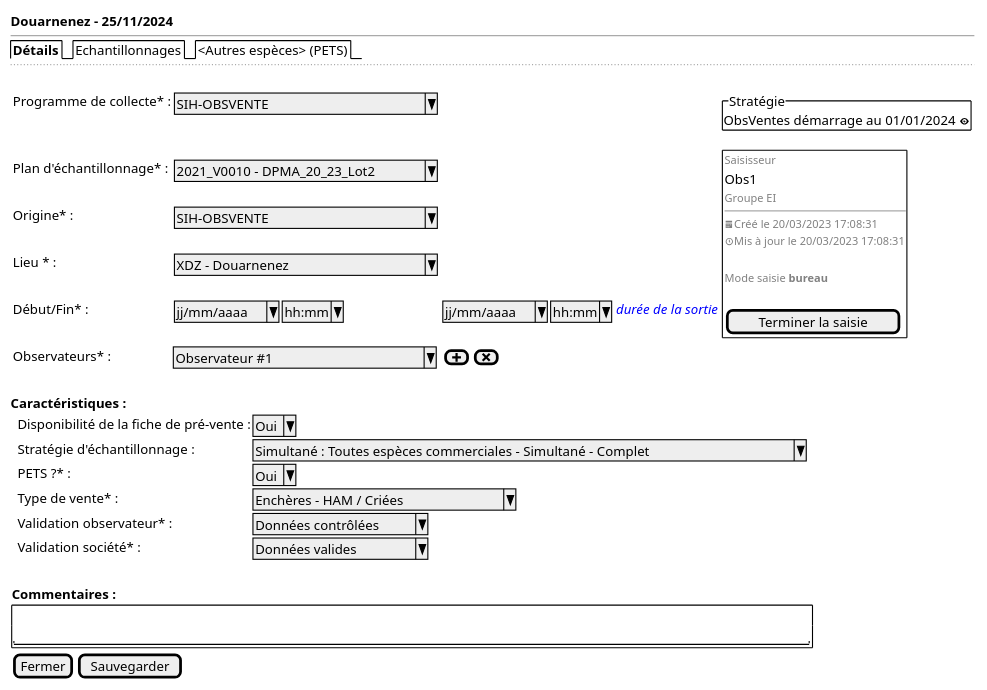
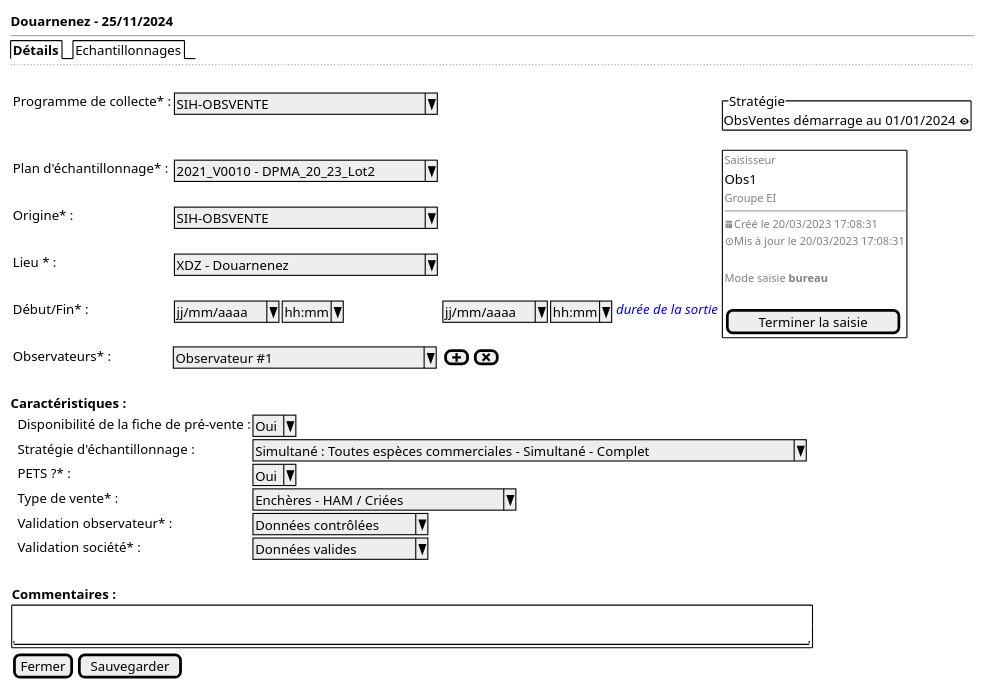
One commit to sumaris-net/sumaris-doc changed the diagram in projects/obsvente/spe/images/observed-location-control.puml. Above: the diagram before and after it, drawn with PlantUML. The commit also changed 4 other files, not shown here.

```diff
--- a/projects/obsvente/spe/images/observed-location-control.puml
+++ b/projects/obsvente/spe/images/observed-location-control.puml
@@ -1,62 +1,62 @@
 @startsalt
 {
   <b>Douarnenez - 25/11/2024
   --
-  {/ <b>Détails | Echantillonnages | <Autres espèces> (PETS)}
+  {/ <b>Détails | Echantillonnages}
   ..
   .
   {
   {
       Programme de collecte* :    | { ^SIH-OBSVENTE                ^ }
       .
       .
       Plan d'échantillonnage* :    | { ^2021_V0010 - DPMA_20_23_Lot2^}
       .
       Origine* :    | { ^SIH-OBSVENTE                ^ }
       .
       Lieu * :     | { ^XDZ - Douarnenez            ^ }
       .
       Début/Fin* :     | { ^jj/mm/aaaa^  |  ^hh:mm^ } { ^jj/mm/aaaa^  |  ^hh:mm^ } <i><color:blue>durée de la sortie
       .
       Observateurs* :            | ^ Observateur #1             ^ | { [<&plus>] | [<&x>] }
       .
  } |
  {
  {^"Stratégie"
  ObsVentes démarrage au 01/01/2024 <&eye>}
  {+
                { <font color=grey size=10>Saisisseur
                Obs1
                <font color=grey size=10>Groupe EI
                --
                <font color=grey size=10><&calendar>Créé le 20/03/2023 17:08:31
                <font color=grey size=10><&clock>Mis à jour le 20/03/2023 17:08:31
                .
                <font color=grey size=10>Mode saisie <b>bureau
                .
                [ Terminer la saisie]
                }
  }}}
 
   <b>Caractéristiques :
 
   {
       . | Disponibilité de la fiche de pré-vente :| ^Oui^
       . | Stratégie d'échantillonnage : | ^Simultané : Toutes espèces commerciales - Simultané - Complet^
       . | PETS ?* : | ^Oui^
       . | Type de vente* : | ^Enchères - HAM / Criées     ^
       . | Validation observateur* : | ^Données contrôlées^
       . | Validation société* : | ^Données valides   ^
       . | .
   }
 
   {
      <b>Commentaires :
      {+ .
         "                                                                                          "
      }
   }
 
   { [Fermer] | [Sauvegarder] }
 }
 @endsalt
```
